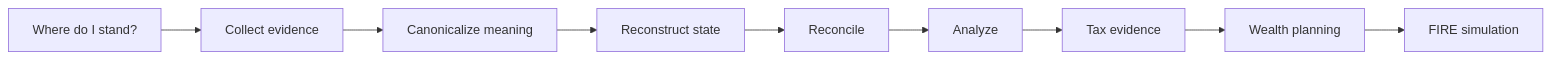
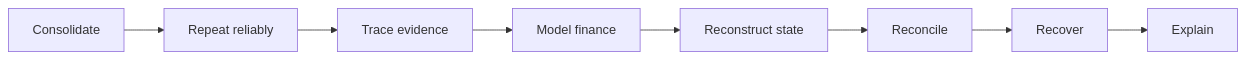
The first of 3 diagrams in docs/about/project.md (tks18/personal-finance-etl), drawn with Mermaid before and after one commit. The commit also changed other lines of this file and 2 other files, not shown here.

````diff
--- a/docs/about/project.md
+++ b/docs/about/project.md
@@ -13,11 +13,13 @@
 ```mermaid
 flowchart LR
-    Q["Where do I stand?"] --> E["Collect evidence"]
-    E --> C["Canonicalize meaning"]
-    C --> R["Reconstruct state"]
-    R --> X["Reconcile"]
-    X --> A["Analyze"]
-    A --> T["Tax evidence"]
-    T --> W["Wealth planning"]
-    W --> F["FIRE simulation"]
+    CONSOLIDATE["Consolidate"]
+    REPEAT["Repeat reliably"]
+    TRACE["Trace evidence"]
+    MODEL["Model finance"]
+    RECON["Reconstruct state"]
+    RECONCILE["Reconcile"]
+    RECOVER["Recover"]
+    EXPLAIN["Explain"]
+
+    CONSOLIDATE --> REPEAT --> TRACE --> MODEL --> RECON --> RECONCILE --> RECOVER --> EXPLAIN
 ```
````
